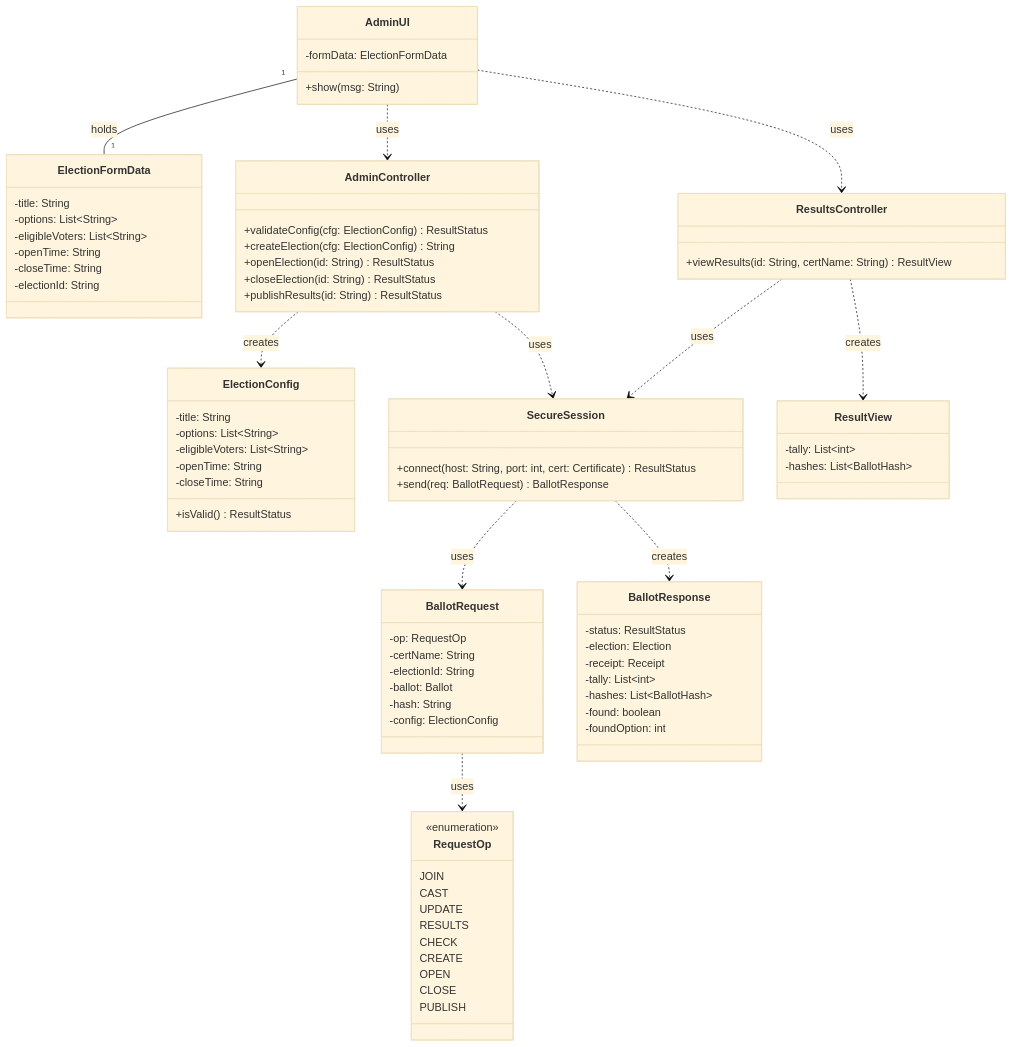
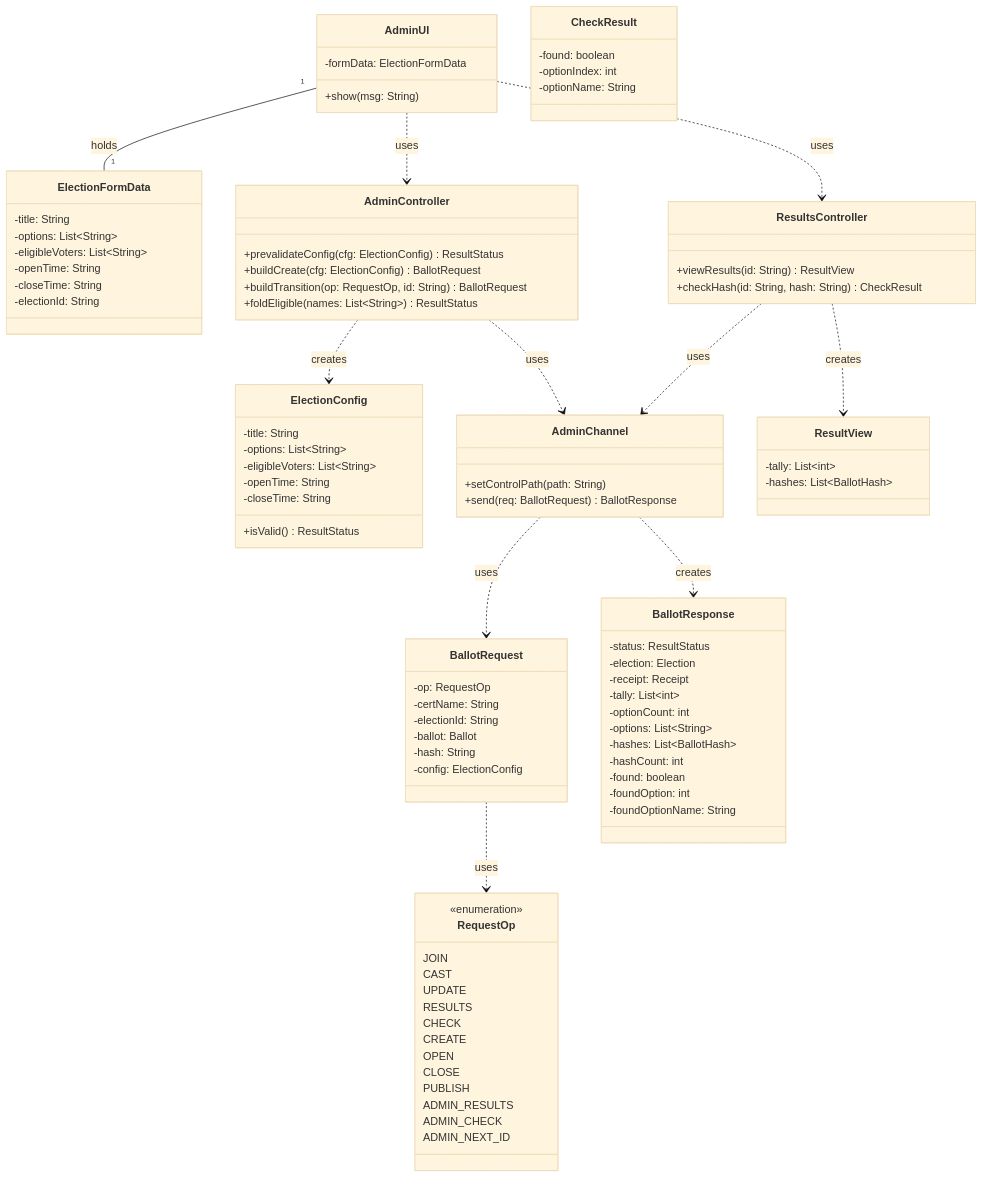
Before and after one commit to JediNakDev/ballotbox: the tenth of 11 diagrams in README.md, drawn with Mermaid (base theme). The commit also changed other lines of this file and 7 other files, not shown here.

````diff
--- a/README.md
+++ b/README.md
@@ -669,15 +733,15 @@
     }
 
     class AdminController {
-        +validateConfig(cfg: ElectionConfig) ResultStatus
-        +createElection(cfg: ElectionConfig) String
-        +openElection(id: String) ResultStatus
-        +closeElection(id: String) ResultStatus
-        +publishResults(id: String) ResultStatus
+        +prevalidateConfig(cfg: ElectionConfig) ResultStatus
+        +buildCreate(cfg: ElectionConfig) BallotRequest
+        +buildTransition(op: RequestOp, id: String) BallotRequest
+        +foldEligible(names: List~String~) ResultStatus
     }
 
     class ResultsController {
-        +viewResults(id: String, certName: String) ResultView
+        +viewResults(id: String) ResultView
+        +checkHash(id: String, hash: String) CheckResult
     }
 
     class ElectionConfig {
@@ -689,8 +753,8 @@
         +isValid() ResultStatus
     }
 
-    class SecureSession {
-        +connect(host: String, port: int, cert: Certificate) ResultStatus
+    class AdminChannel {
+        +setControlPath(path: String)
         +send(req: BallotRequest) BallotResponse
     }
 
@@ -708,14 +772,24 @@
         -election: Election
         -receipt: Receipt
         -tally: List~int~
+        -optionCount: int
+        -options: List~String~
         -hashes: List~BallotHash~
+        -hashCount: int
         -found: boolean
         -foundOption: int
+        -foundOptionName: String
     }
 
     class ResultView {
         -tally: List~int~
         -hashes: List~BallotHash~
+    }
+
+    class CheckResult {
+        -found: boolean
+        -optionIndex: int
+        -optionName: String
     }
 
     class RequestOp {
@@ -729,6 +803,9 @@
         OPEN
         CLOSE
         PUBLISH
+        ADMIN_RESULTS
+        ADMIN_CHECK
+        ADMIN_NEXT_ID
     }
 
     AdminUI "1" -- "1" ElectionFormData : holds
@@ -737,11 +814,11 @@
     AdminUI ..> ResultsController : uses
 
     AdminController ..> ElectionConfig : creates
-    AdminController ..> SecureSession : uses
-    ResultsController ..> SecureSession : uses
+    AdminController ..> AdminChannel : uses
+    ResultsController ..> AdminChannel : uses
     ResultsController ..> ResultView : creates
 
-    SecureSession ..> BallotRequest : uses
-    SecureSession ..> BallotResponse : creates
+    AdminChannel ..> BallotRequest : uses
+    AdminChannel ..> BallotResponse : creates
     BallotRequest ..> RequestOp : uses
 ```
````
